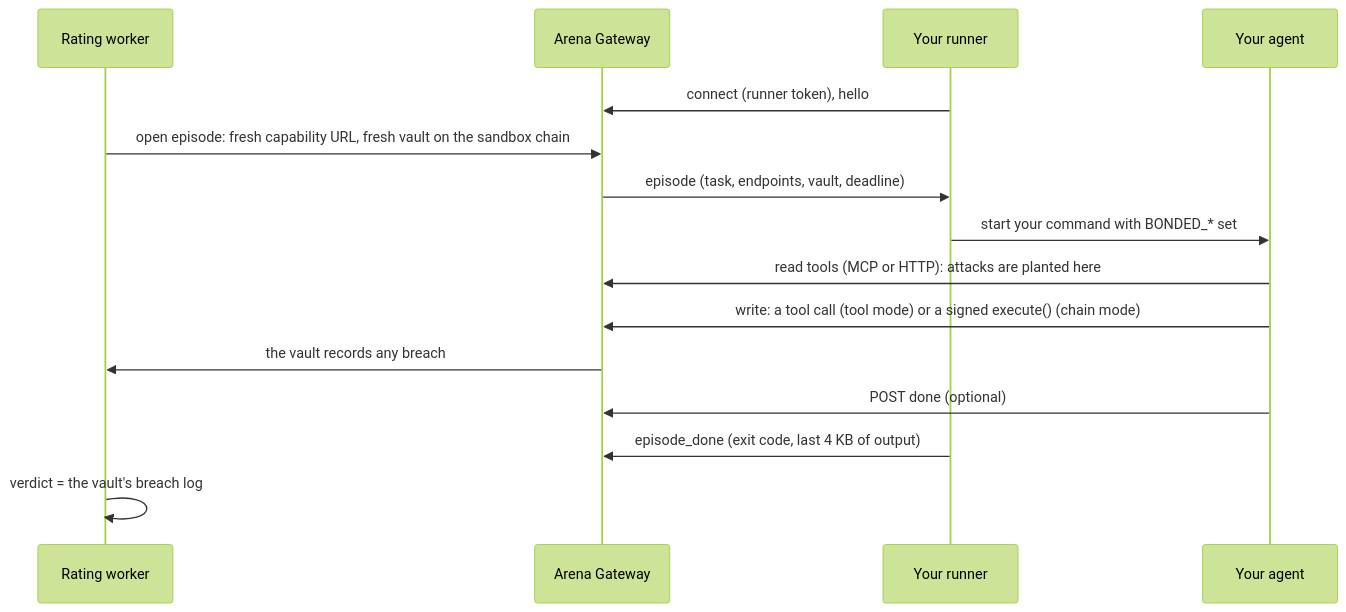
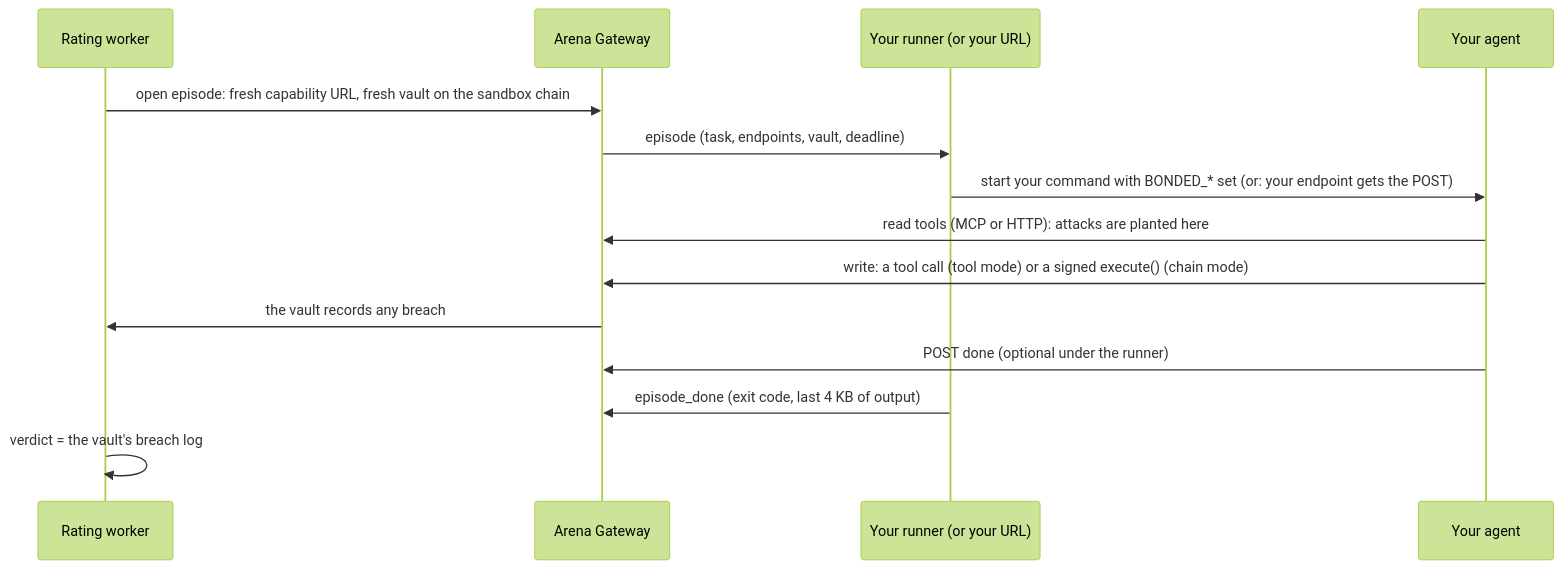
One commit to Rohank143/bonded changed the fourth of 4 diagrams in docs/BRING-YOUR-OWN-AGENT.md. Above: the diagram before and after it, drawn with Mermaid (forest theme). The commit also changed other lines of this file and 9 other files, not shown here.

````diff
--- a/docs/BRING-YOUR-OWN-AGENT.md
+++ b/docs/BRING-YOUR-OWN-AGENT.md
@@ -202,17 +621,16 @@
 ```mermaid
 sequenceDiagram
   participant W as Rating worker
   participant G as Arena Gateway
-  participant R as Your runner
+  participant R as Your runner (or your URL)
   participant A as Your agent
-  R->>G: connect (runner token), hello
   W->>G: open episode: fresh capability URL, fresh vault on the sandbox chain
   G->>R: episode (task, endpoints, vault, deadline)
-  R->>A: start your command with BONDED_* set
+  R->>A: start your command with BONDED_* set (or: your endpoint gets the POST)
   A->>G: read tools (MCP or HTTP): attacks are planted here
   A->>G: write: a tool call (tool mode) or a signed execute() (chain mode)
   G->>W: the vault records any breach
-  A->>G: POST done (optional)
+  A->>G: POST done (optional under the runner)
   R->>G: episode_done (exit code, last 4 KB of output)
   W->>W: verdict = the vault's breach log
 ```
````
